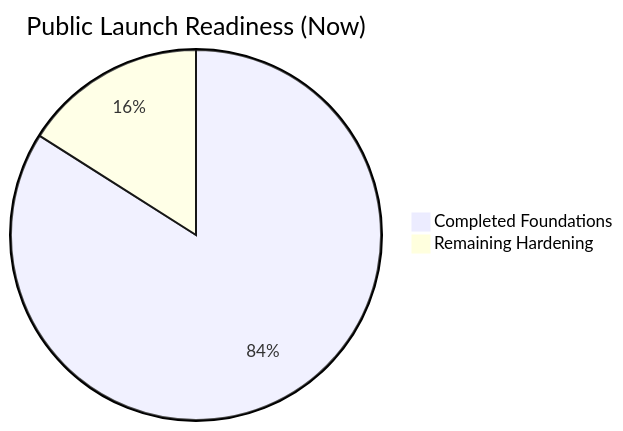
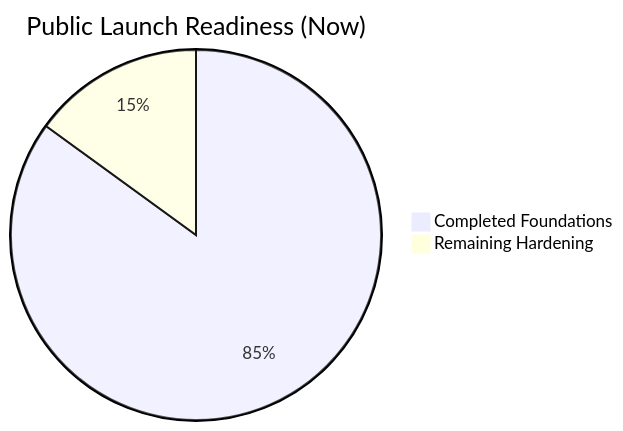
Before and after one commit to prettyinpurple2021/SoloSuccess_AI: the first of 3 diagrams in docs/reports/VISUAL_PUBLIC_LAUNCH_ROADMAP.md, drawn with Mermaid. The commit also changed other lines of this file and 6 other files, not shown here.

````diff
--- a/docs/reports/VISUAL_PUBLIC_LAUNCH_ROADMAP.md
+++ b/docs/reports/VISUAL_PUBLIC_LAUNCH_ROADMAP.md
@@ -21,5 +21,5 @@
 ```mermaid
 pie title Public Launch Readiness (Now)
-    "Completed Foundations" : 84
-    "Remaining Hardening" : 16
+    "Completed Foundations" : 85
+    "Remaining Hardening" : 15
 ```
````
